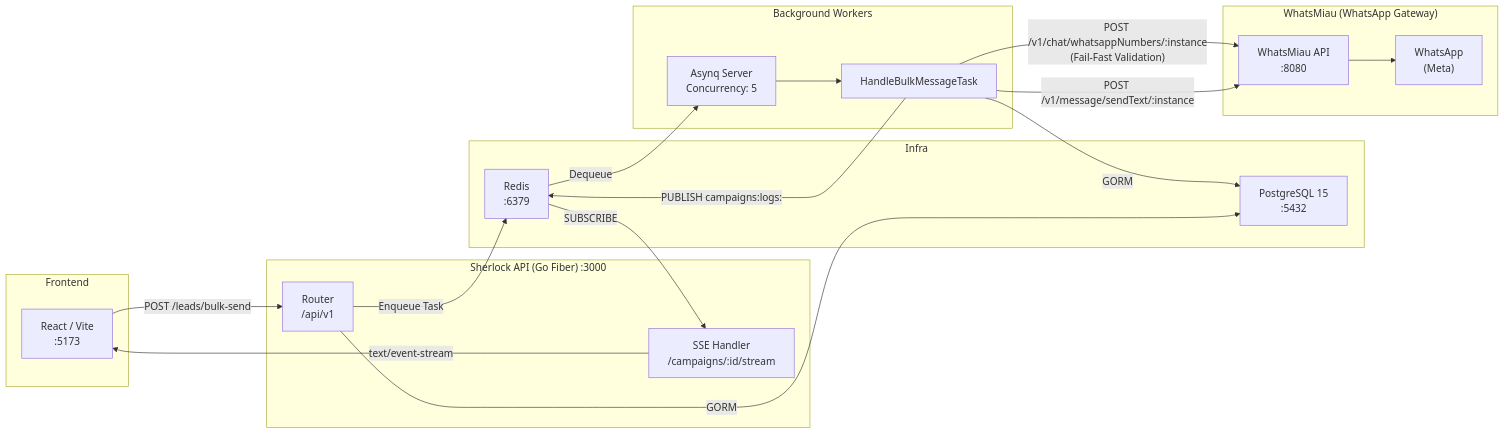
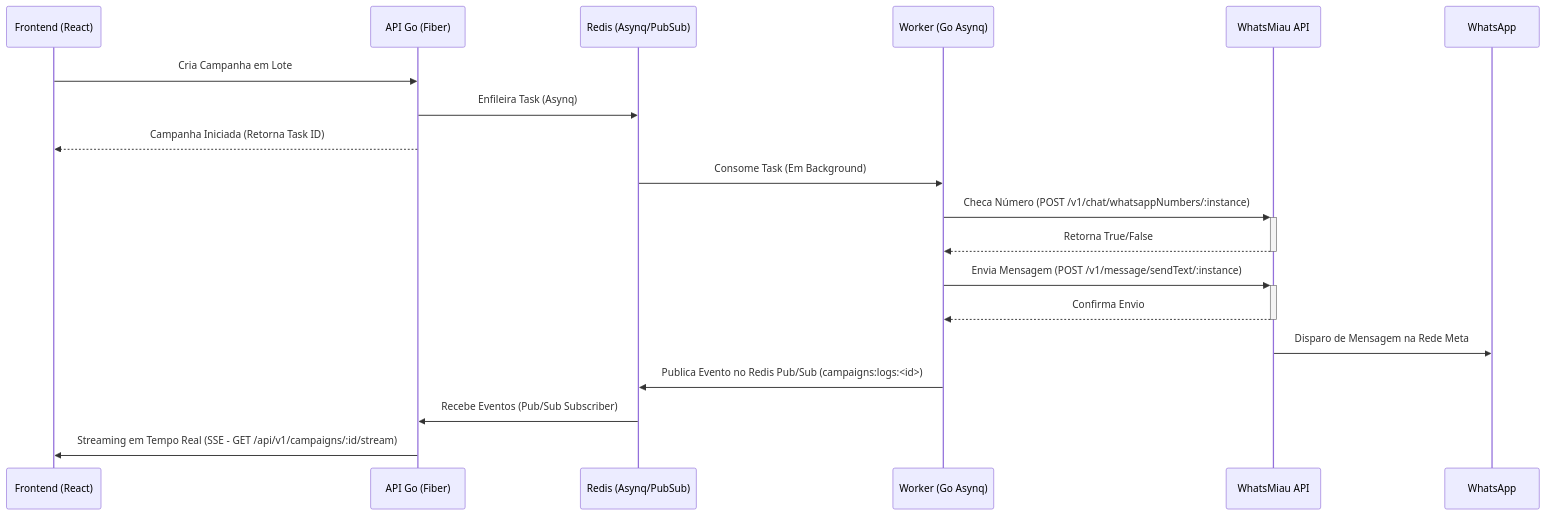
One commit to moacir1neto/sherlock-scraper changed the diagram in README.md. Above: the diagram before and after it, drawn with Mermaid. The commit also changed other lines of this file and 25 other files, not shown here.

Commit message:
feat: implement system logs streaming via SSE and update project documentation

````diff
--- a/README.md
+++ b/README.md
@@ -16,42 +17,26 @@
 ```mermaid
-flowchart LR
-    subgraph Frontend
-        UI["React / Vite\n:5173"]
-    end
+sequenceDiagram
+    participant F as Frontend (React)
+    participant A as API Go (Fiber)
+    participant R as Redis (Asynq/PubSub)
+    participant W as Worker (Go Asynq)
+    participant WM as WhatsMiau API
+    participant WA as WhatsApp
 
-    subgraph API["Sherlock API (Go Fiber) :3000"]
-        Router["Router\n/api/v1"]
-        SSE["SSE Handler\n/campaigns/:id/stream"]
-    end
+    F->>A: Cria Campanha em Lote
+    A->>R: Enfileira Task (Asynq)
+    A-->>F: Campanha Iniciada (Retorna Task ID)
+    
+    R->>W: Consome Task (Em Background)
+    W->>+WM: Checa Número (POST /v1/chat/whatsappNumbers/:instance)
+    WM-->>-W: Retorna True/False
+    
+    W->>+WM: Envia Mensagem (POST /v1/message/sendText/:instance)
+    WM-->>-W: Confirma Envio
 
-    subgraph Queue["Background Workers"]
-        Asynq["Asynq Server\nConcurrency: 5"]
-        Worker["HandleBulkMessageTask"]
-    end
-
-    subgraph Infra
-        Redis["Redis\n:6379"]
-        PG["PostgreSQL 15\n:5432"]
-    end
-
-    subgraph External["WhatsMiau (WhatsApp Gateway)"]
-        WAPI["WhatsMiau API\n:8080"]
-        WA["WhatsApp\n(Meta)"]
-    end
-
-    UI -- "POST /leads/bulk-send" --> Router
-    Router -- "Enqueue Task" --> Redis
-    Redis -- "Dequeue" --> Asynq
-    Asynq --> Worker
-
-    Worker -- "POST /v1/chat/whatsappNumbers/:instance\n(Fail-Fast Validation)" --> WAPI
-    Worker -- "POST /v1/message/sendText/:instance" --> WAPI
-    WAPI --> WA
-
-    Worker -- "PUBLISH campaigns:logs:<id>" --> Redis
-    Redis -- "SUBSCRIBE" --> SSE
-    SSE -- "text/event-stream" --> UI
-
-    Worker -- "GORM" --> PG
-    Router -- "GORM" --> PG
+    WM->>WA: Disparo de Mensagem na Rede Meta
+    
+    W->>R: Publica Evento no Redis Pub/Sub (campaigns:logs:<id>)
+    R->>A: Recebe Eventos (Pub/Sub Subscriber)
+    A->>F: Streaming em Tempo Real (SSE - GET /api/v1/campaigns/:id/stream)
 ```
````
